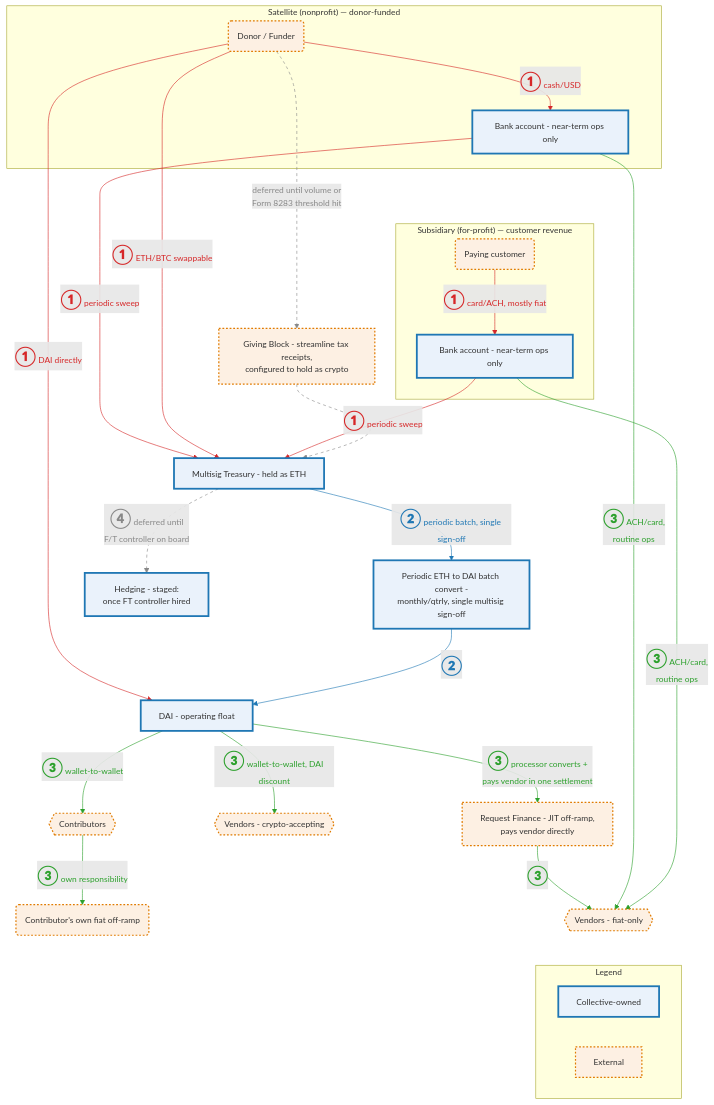
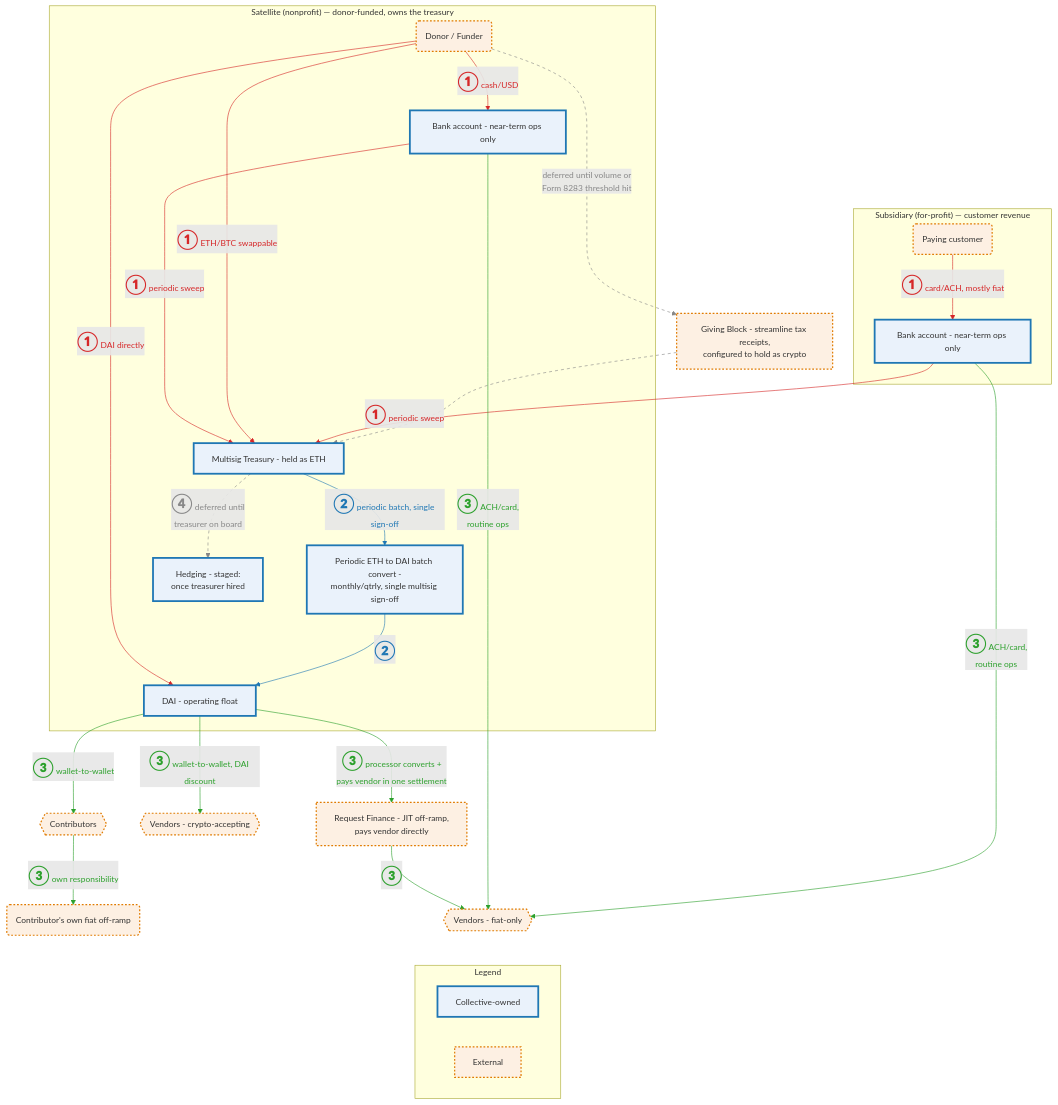
The diagram in governance/diagrams/fund-flows.mmd (doikayt/admin), drawn with Mermaid before and after one commit. The commit also changed 2 other files, not shown here.

Commit message:
docs: place treasury inside the Satellite in fund-flows diagram and state why
Move the multisig treasury, batch convert, DAI float, and hedging boxes into the
Satellite subgraph, retitle it "owns the treasury", and use "treasurer" in the
hedging labels. Explain in "Money in" that the two entities are separate legal
entities with separate bank accounts, and that the subsidiary's sweep is a
distribution from a wholly-owned subsidiary to its parent.

```diff
--- a/governance/diagrams/fund-flows.mmd
+++ b/governance/diagrams/fund-flows.mmd
@@ -1,66 +1,66 @@
 %%{init: {"themeVariables": {"fontSize": "14px"}}}%%
 flowchart TD
-    subgraph SAT["Satellite (nonprofit) — donor-funded"]
+    subgraph SAT["Satellite (nonprofit) — donor-funded, owns the treasury"]
         Donor(Donor / Funder)
         SatBank[Bank account - near-term ops only]
+        Treasury[Multisig Treasury - held as ETH]
+        BatchConvert[Periodic ETH to DAI batch convert -<br/>monthly/qtrly, single multisig sign-off]
+        DAIFloat[DAI - operating float]
+        Hedge[Hedging - staged:<br/>once treasurer hired]
     end
 
     subgraph SUB["Subsidiary (for-profit) — customer revenue"]
         Customer(Paying customer)
         SubBank[Bank account - near-term ops only]
     end
 
     DonationProcessor[Giving Block - streamline tax receipts,<br/>configured to hold as crypto]
-    Treasury[Multisig Treasury - held as ETH]
-    BatchConvert[Periodic ETH to DAI batch convert -<br/>monthly/qtrly, single multisig sign-off]
-    DAIFloat[DAI - operating float]
     Contributors{{Contributors}}
     ContribOfframp(Contributor's own fiat off-ramp)
     VendorsCrypto{{Vendors - crypto-accepting}}
     OffRampJIT[Request Finance - JIT off-ramp,<br/>pays vendor directly]
     VendorsFiat{{Vendors - fiat-only}}
-    Hedge[Hedging - staged:<br/>once FT controller hired]
 
     subgraph LEGEND["Legend"]
         L1[Collective-owned]
         L2[External]
     end
 
     Donor -- "<b style='font-size:2.3em'>①</b> cash/USD" --> SatBank
     SatBank -- "<b style='font-size:2.3em'>①</b> periodic sweep" --> Treasury
     Donor -- "<b style='font-size:2.3em'>①</b> DAI directly" --> DAIFloat
     Donor -- "<b style='font-size:2.3em'>①</b> ETH/BTC swappable" --> Treasury
     Customer -- "<b style='font-size:2.3em'>①</b> card/ACH, mostly fiat" --> SubBank
     SubBank -- "<b style='font-size:2.3em'>①</b> periodic sweep" --> Treasury
 
     Donor -.->|"deferred until volume or<br/>Form 8283 threshold hit"| DonationProcessor
 
     Treasury -- "<b style='font-size:2.3em'>②</b> periodic batch, single sign-off" --> BatchConvert
     BatchConvert -- "<b style='font-size:2.3em'>②</b>" --> DAIFloat
 
     DAIFloat -- "<b style='font-size:2.3em'>③</b> wallet-to-wallet" --> Contributors
     Contributors -- "<b style='font-size:2.3em'>③</b> own responsibility" --> ContribOfframp
     DAIFloat -- "<b style='font-size:2.3em'>③</b> wallet-to-wallet, DAI discount" --> VendorsCrypto
     DAIFloat -- "<b style='font-size:2.3em'>③</b> processor converts +<br/>pays vendor in one settlement" --> OffRampJIT
     OffRampJIT -- "<b style='font-size:2.3em'>③</b>" --> VendorsFiat
     SatBank -- "<b style='font-size:2.3em'>③</b> ACH/card,<br/>routine ops" --> VendorsFiat
     SubBank -- "<b style='font-size:2.3em'>③</b> ACH/card,<br/>routine ops" --> VendorsFiat
 
-    Treasury -.->|"<b style='font-size:2.3em'>④</b> deferred until<br/>F/T controller on board"| Hedge
+    Treasury -.->|"<b style='font-size:2.3em'>④</b> deferred until<br/>treasurer on board"| Hedge
 
     SatBank ~~~ Customer
     VendorsFiat ~~~ LEGEND
     DonationProcessor -.-> Treasury
 
     linkStyle 0,1,2,3,4,5 stroke:#d62728,color:#d62728
     linkStyle 7,8 stroke:#1f77b4,color:#1f77b4
     linkStyle 9,10,11,12,13,14,15 stroke:#2ca02c,color:#2ca02c
     linkStyle 6,16,19 stroke:#888888,color:#888888,stroke-dasharray: 5 5
 
     classDef owned fill:#eaf2fb,stroke:#1f77b4,stroke-width:3px
     classDef external fill:#fdf0e3,stroke:#e07b00,stroke-width:2px,stroke-dasharray:3 3
     class L1 owned
     class L2 external
     class Treasury,SatBank,SubBank,BatchConvert,DAIFloat,Hedge owned
     class Donor,DonationProcessor,Customer,Contributors,ContribOfframp external
     class VendorsCrypto,OffRampJIT,VendorsFiat external
```
